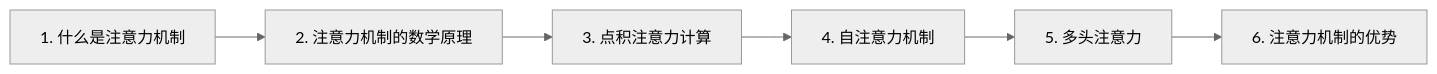
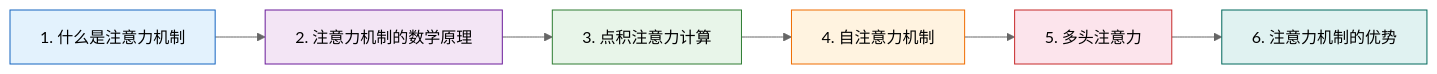
Before and after one commit to Zheng-Enci/Knoweledges: the first of 3 diagrams in 一起学Transformer/03-注意力机制基础.md, drawn with Mermaid (neutral theme).

Commit message:
优化章节阅读路线图颜色：添加语义化颜色区分不同阶段

````diff
--- a/一起学Transformer/03-注意力机制基础.md
+++ b/一起学Transformer/03-注意力机制基础.md
@@ -7,8 +7,15 @@
 ```mermaid
 flowchart LR
-    A["1. 什么是注意力机制"] --> B["2. 注意力机制的数学原理"]
-    B --> C["3. 点积注意力计算"]
-    C --> D["4. 自注意力机制"]
-    D --> E["5. 多头注意力"]
-    E --> F["6. 注意力机制的优势"]
+    A["1. 什么是注意力机制"]:::concept --> B["2. 注意力机制的数学原理"]:::math
+    B --> C["3. 点积注意力计算"]:::calc
+    C --> D["4. 自注意力机制"]:::mechanism
+    D --> E["5. 多头注意力"]:::advanced
+    E --> F["6. 注意力机制的优势"]:::summary
+
+    classDef concept fill:#e3f2fd,stroke:#1565c0
+    classDef math fill:#f3e5f5,stroke:#6a1b9a
+    classDef calc fill:#e8f5e9,stroke:#2e7d32
+    classDef mechanism fill:#fff3e0,stroke:#ef6c00
+    classDef advanced fill:#fce4ec,stroke:#c62828
+    classDef summary fill:#e0f2f1,stroke:#00695c
 ```
````
